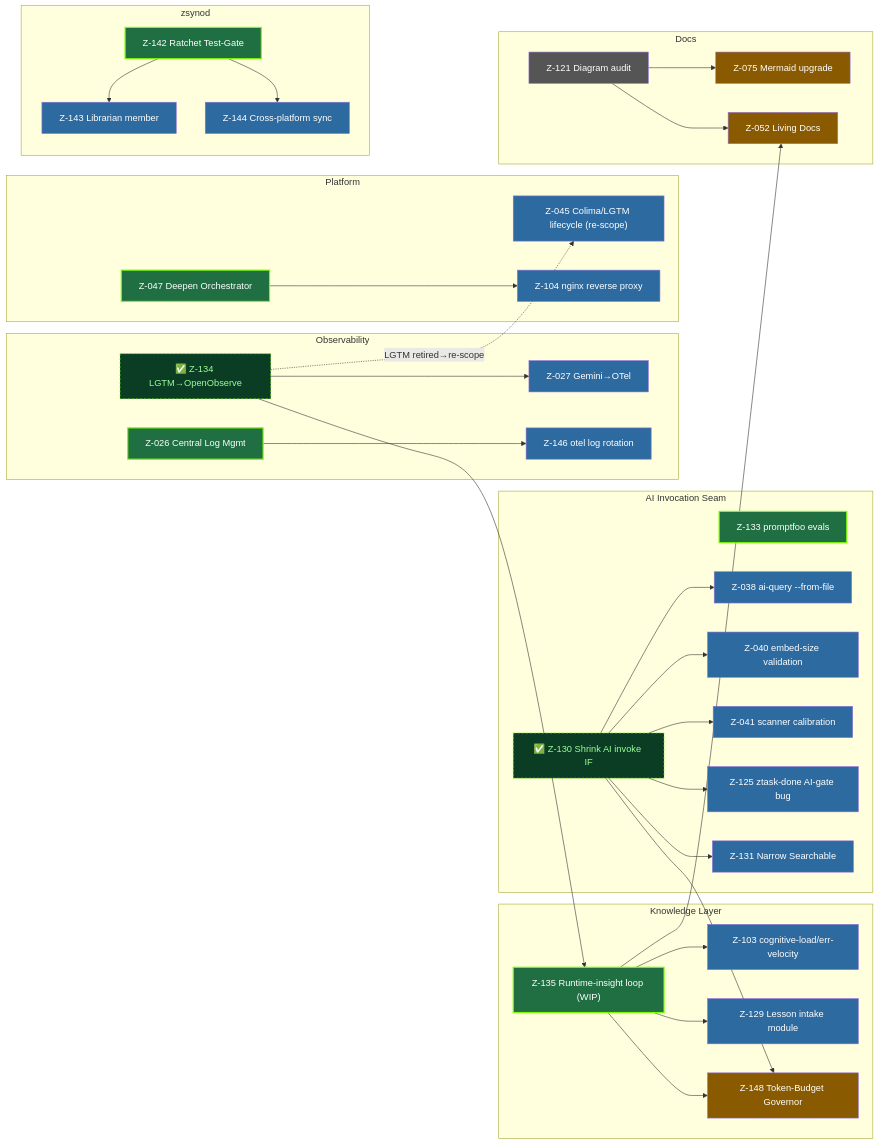
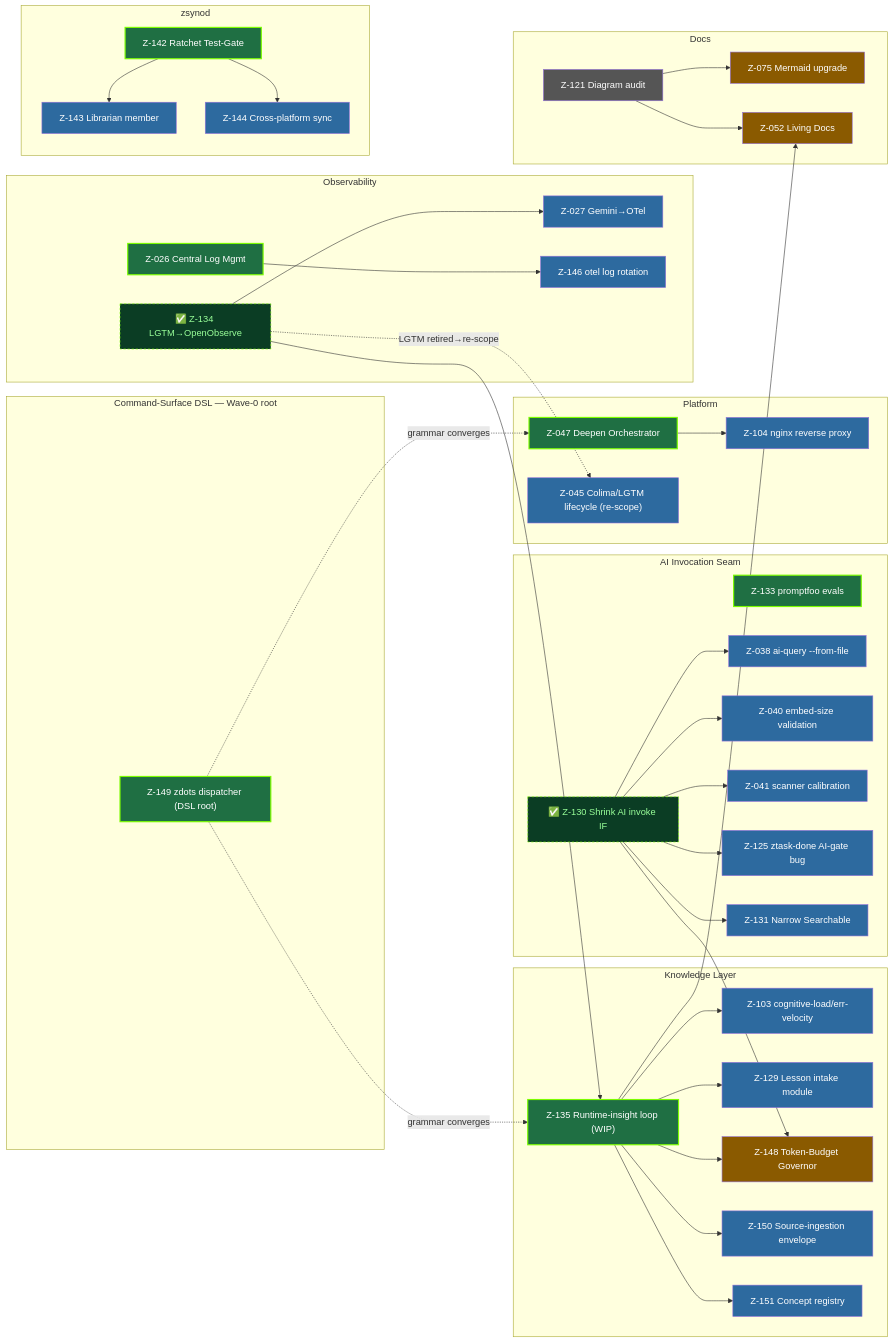
One commit to just3ws/zdots changed the diagram in backlog/docs/analysis/dependency-graph/doc-003 - Backlog-Dependency-Graph-Leverage-Waves.md. Above: the diagram before and after it, drawn with Mermaid. The commit also changed other lines of this file and 6 other files, not shown here.

First line of the commit message:
docs(backlog): capture command-surface DSL + knowledge-ingestion contracts

````diff
--- a/backlog/docs/analysis/dependency-graph/doc-003 - Backlog-Dependency-Graph-Leverage-Waves.md
+++ b/backlog/docs/analysis/dependency-graph/doc-003 - Backlog-Dependency-Graph-Leverage-Waves.md
@@ -59,64 +74,73 @@
 ```mermaid
 graph LR
   classDef done fill:#0b3d24,color:#9f9,stroke:#7CFC00,stroke-dasharray:4 3;
   classDef w1 fill:#1f6f43,color:#fff,stroke:#7CFC00,stroke-width:2px;
   classDef w2 fill:#2d6a9f,color:#fff;
   classDef w3 fill:#8a5a00,color:#fff;
   classDef w4 fill:#555,color:#fff;
 
   subgraph OBS[Observability]
     Z134["✅ Z-134 LGTM→OpenObserve"]:::done
     Z026["Z-026 Central Log Mgmt"]:::w1
     Z027["Z-027 Gemini→OTel"]:::w2
     Z146["Z-146 otel log rotation"]:::w2
   end
+  subgraph ROOT[Command-Surface DSL — Wave-0 root]
+    Z149["Z-149 zdots dispatcher (DSL root)"]:::w1
+  end
   subgraph KNOW[Knowledge Layer]
     Z135["Z-135 Runtime-insight loop (WIP)"]:::w1
     Z103["Z-103 cognitive-load/err-velocity"]:::w2
     Z129["Z-129 Lesson intake module"]:::w2
     Z148["Z-148 Token-Budget Governor"]:::w3
+    Z150["Z-150 Source-ingestion envelope"]:::w2
+    Z151["Z-151 Concept registry"]:::w2
   end
   subgraph AI[AI Invocation Seam]
     Z130["✅ Z-130 Shrink AI invoke IF"]:::done
     Z133["Z-133 promptfoo evals"]:::w1
     Z038["Z-038 ai-query --from-file"]:::w2
     Z040["Z-040 embed-size validation"]:::w2
     Z041["Z-041 scanner calibration"]:::w2
     Z125["Z-125 ztask-done AI-gate bug"]:::w2
     Z131["Z-131 Narrow Searchable"]:::w2
   end
   subgraph PLAT[Platform]
     Z047["Z-047 Deepen Orchestrator"]:::w1
     Z045["Z-045 Colima/LGTM lifecycle (re-scope)"]:::w2
     Z104["Z-104 nginx reverse proxy"]:::w2
   end
   subgraph SYN[zsynod]
     Z142["Z-142 Ratchet Test-Gate"]:::w1
     Z143["Z-143 Librarian member"]:::w2
     Z144["Z-144 Cross-platform sync"]:::w2
   end
   subgraph DOCS[Docs]
     Z121["Z-121 Diagram audit"]:::w4
     Z075["Z-075 Mermaid upgrade"]:::w3
     Z052["Z-052 Living Docs"]:::w3
   end
 
+  Z149 -.grammar converges.-> Z047
+  Z149 -.grammar converges.-> Z135
   Z134 --> Z135 --> Z148
+  Z135 --> Z150
+  Z135 --> Z151
   Z134 --> Z027
   Z134 -.LGTM retired→re-scope.-> Z045
   Z135 --> Z103
   Z135 --> Z129
   Z135 --> Z052
   Z130 --> Z038
   Z130 --> Z040
   Z130 --> Z041
   Z130 --> Z125
   Z130 --> Z131
   Z130 --> Z148
   Z026 --> Z146
   Z047 --> Z104
   Z142 --> Z143
   Z142 --> Z144
   Z121 --> Z052
   Z121 --> Z075
 ```
````
